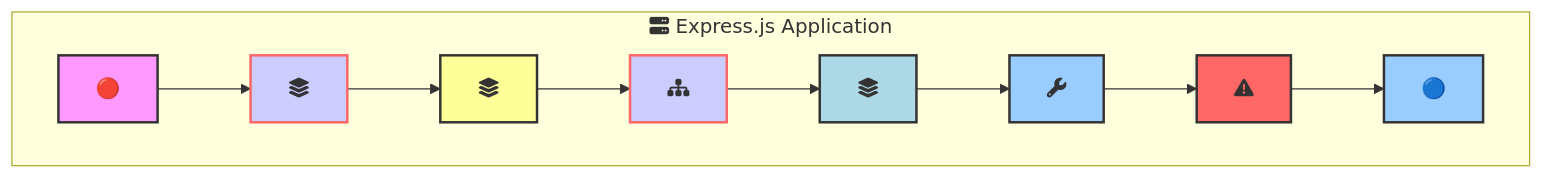
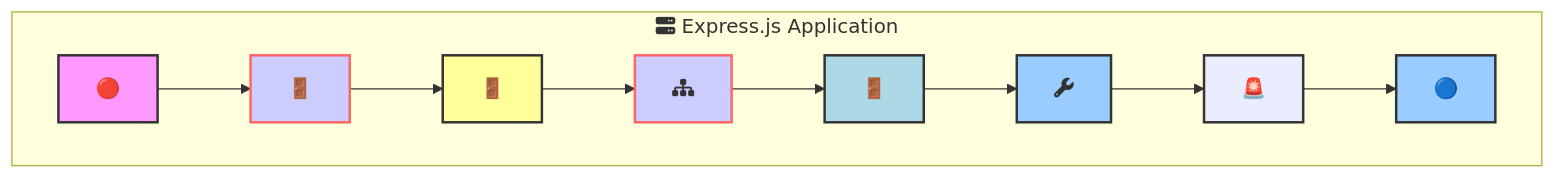
Diagram 12 of 12 in _posts/2024-07-15-expressjs-summary.md (kelvin-bz/blog), drawn with Mermaid before and after one commit. The commit also changed other lines of this file, not shown here.

````diff
--- a/_posts/2024-07-15-expressjs-summary.md
+++ b/_posts/2024-07-15-expressjs-summary.md
@@ -446,34 +591,34 @@
 ```mermaid
 graph 
     subgraph expressApp["fa:fa-server Express.js Application"]
             request["🔴 "]
-            middleware1["fa:fa-layer-group"]
-            middleware2["fa:fa-layer-group"]
+            middleware1["🚪"]
+            middleware2["🚪"]
             router["fa:fa-sitemap"]
-            routerMiddleware["fa:fa-layer-group"]
+            routerMiddleware["🚪"]
             handler["fa:fa-wrench "]
-            errorMiddleware["fa:fa-exclamation-triangle"]
+            errorMiddleware["🚨"]
             response["🔵 "]
     end
 
     request --> middleware1 --> middleware2 --> router 
     router --> routerMiddleware --> handler 
     handler --> errorMiddleware --> response
 
     style request fill:#f9f,stroke:#333,stroke-width:2px
     style middleware1 fill:#ccf,stroke:#f66,stroke-width:2px
     style middleware2 fill:#ff9,stroke:#333,stroke-width:2px
     style router fill:#ccf,stroke:#f66,stroke-width:2px
     style routerMiddleware fill:#add8e6,stroke:#333,stroke-width:2px
     style handler fill:#9cf,stroke:#333,stroke-width:2px
-    style errorMiddleware fill:#f66,stroke:#333,stroke-width:2px
+    style errorMiddleware stroke:#333,stroke-width:2px
     style response fill:#9cf,stroke:#333,stroke-width:2px
 
     classDef requestClass fill:#f9f,stroke:#333,stroke-width:2px;
     classDef middlewareClass fill:#ccf,stroke:#f66,stroke-width:2px;
     classDef routerClass fill:#ccf,stroke:#f66,stroke-width:2px;
     classDef routerMiddlewareClass fill:#add8e6,stroke:#333,stroke-width:2px;
     classDef handlerClass fill:#9cf,stroke:#333,stroke-width:2px;
-    classDef errorClass fill:#f66,stroke:#333,stroke-width:2px;
+    classDef errorClass fill:#f61,stroke:#333,stroke-width:2px;
     classDef responseClass fill:#9cf,stroke:#333,stroke-width:2px;
 ```
````
